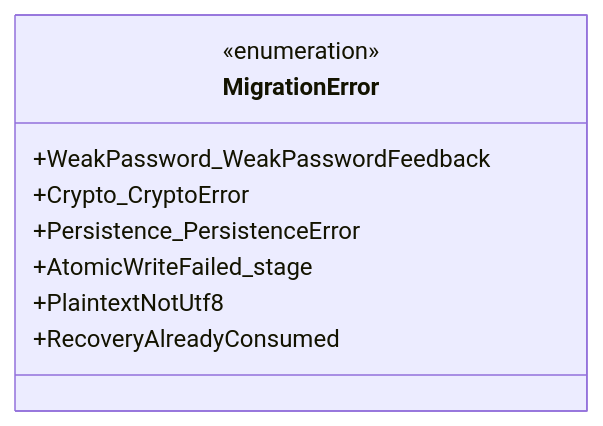
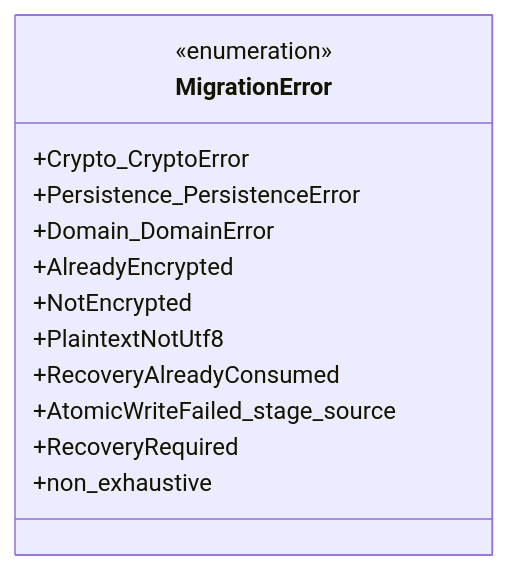
The diagram in docs/features/vault-encryption/detailed-design/repository-and-migration.md (shikomi-dev/shikomi), drawn with Mermaid before and after one commit. The commit also changed other lines of this file and 2 other files, not shown here.

First line of the commit message:
docs(vault-encryption): Sub-D Rev4 — sync MigrationError to 9 variants from impl SSoT

````diff
--- a/docs/features/vault-encryption/detailed-design/repository-and-migration.md
+++ b/docs/features/vault-encryption/detailed-design/repository-and-migration.md
@@ -347,12 +347,16 @@
 ```mermaid
 classDiagram
     class MigrationError {
         <<enumeration>>
-        +WeakPassword_WeakPasswordFeedback
         +Crypto_CryptoError
         +Persistence_PersistenceError
-        +AtomicWriteFailed_stage
+        +Domain_DomainError
+        +AlreadyEncrypted
+        +NotEncrypted
         +PlaintextNotUtf8
         +RecoveryAlreadyConsumed
+        +AtomicWriteFailed_stage_source
+        +RecoveryRequired
+        +non_exhaustive
     }
 ```
````
